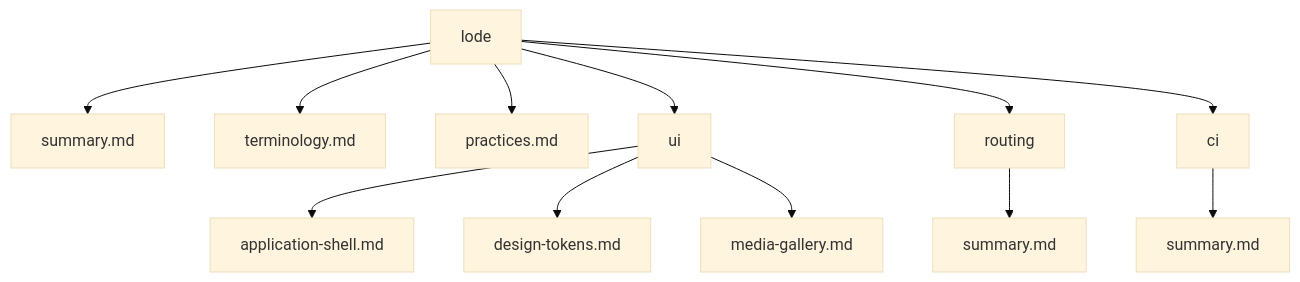
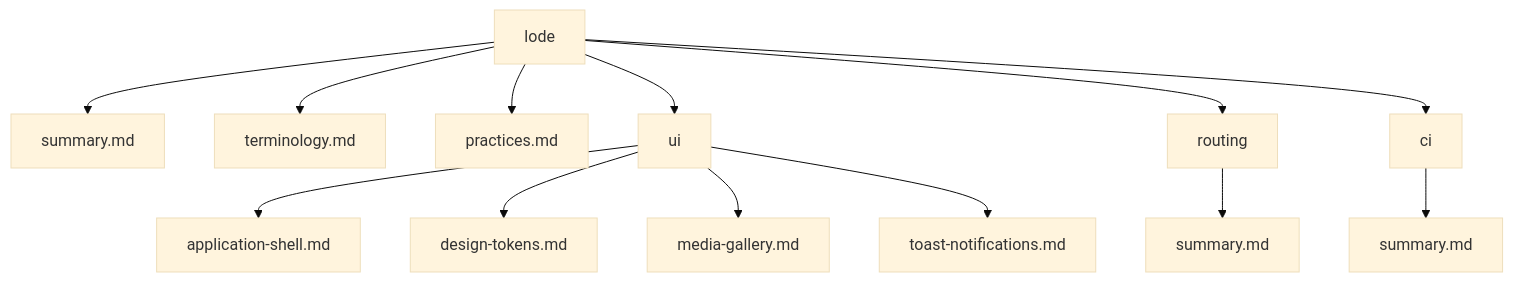
The diagram in lode/lode-map.md (Zwezh/media-shelf), drawn with Mermaid (base theme) before and after one commit. The commit also changed other lines of this file and 18 other files, not shown here.

Commit message:
feat: add toast notifications

````diff
--- a/lode/lode-map.md
+++ b/lode/lode-map.md
@@ -19,14 +20,15 @@
 ```mermaid
 flowchart TD
   Root[lode] --> Summary[summary.md]
   Root --> Terms[terminology.md]
   Root --> Practices[practices.md]
   Root --> UI[ui]
   UI --> UIShell[application-shell.md]
   UI --> UITokens[design-tokens.md]
   UI --> MediaGallery[media-gallery.md]
+  UI --> Toasts[toast-notifications.md]
   Root --> Routing[routing]
   Routing --> RouteSummary[summary.md]
   Root --> CI[ci]
   CI --> CISummary[summary.md]
 ```
````
